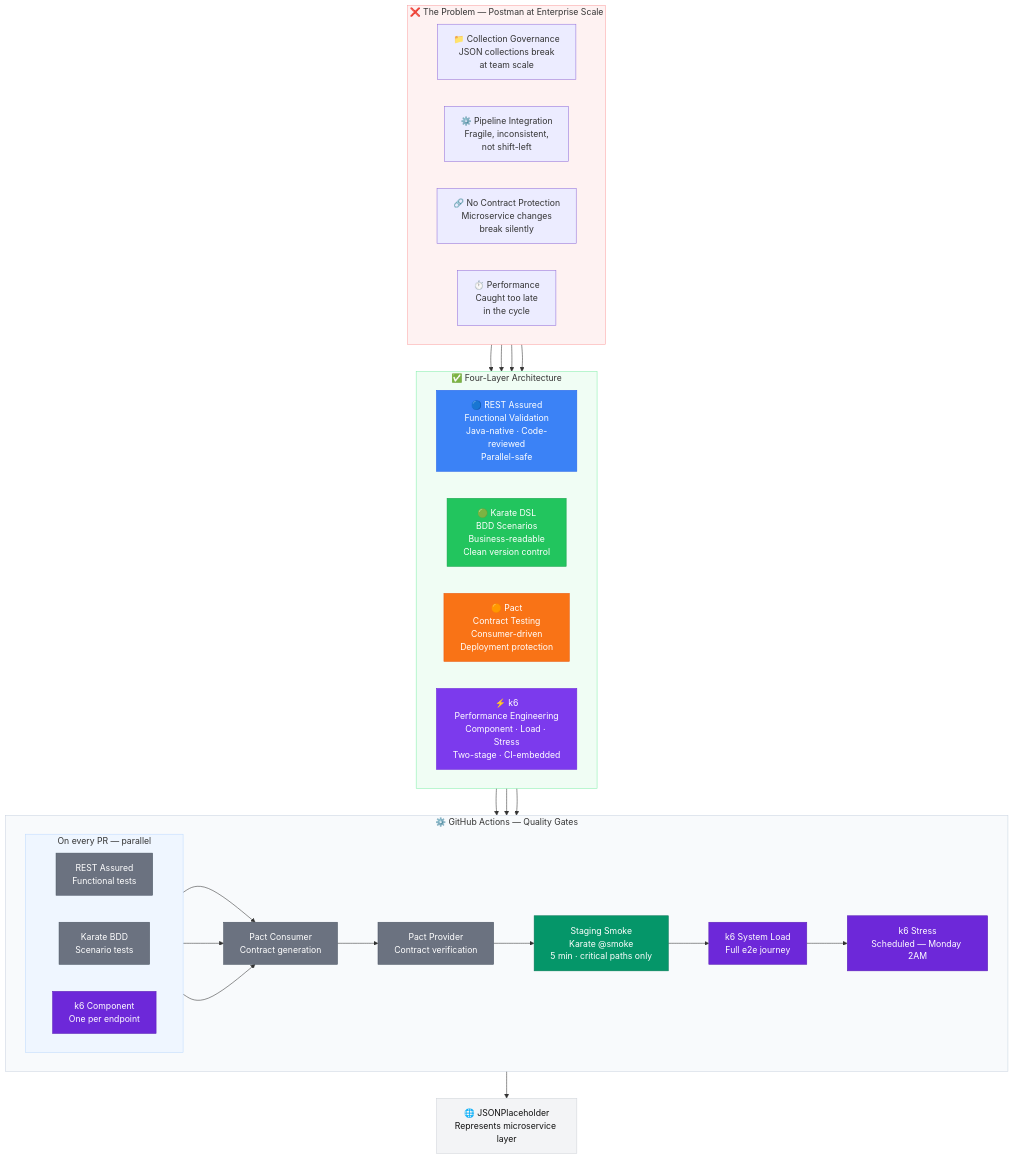
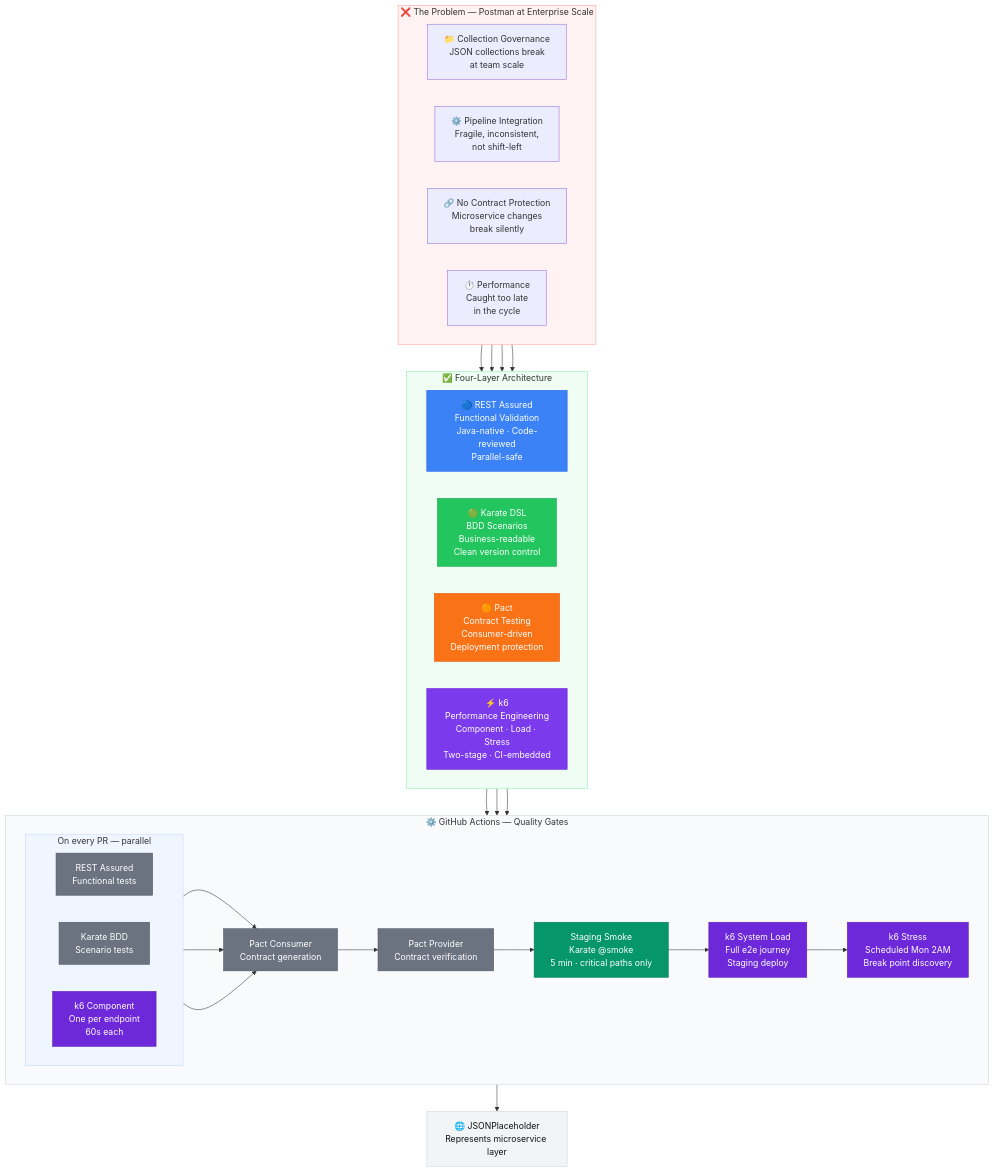
Before and after one commit to carthikl/api-quality-platform-reference: the diagram in README.md, drawn with Mermaid.

Commit message:
docs: update architecture diagram with k6 fourth layer

````diff
--- a/README.md
+++ b/README.md
@@ -24,70 +24,70 @@
 ```mermaid
 flowchart TD
     subgraph Problem["❌ The Problem — Postman at Enterprise Scale"]
         direction LR
         P1["📁 Collection Governance\nJSON collections break\nat team scale"]
         P2["⚙️ Pipeline Integration\nFragile, inconsistent,\nnot shift-left"]
         P3["🔗 No Contract Protection\nMicroservice changes\nbreak silently"]
         P4["⏱️ Performance\nCaught too late\nin the cycle"]
     end
 
     subgraph Solution["✅ Four-Layer Architecture"]
         direction LR
         L1["🔵 REST Assured\nFunctional Validation\nJava-native · Code-reviewed\nParallel-safe"]
         L2["🟢 Karate DSL\nBDD Scenarios\nBusiness-readable\nClean version control"]
         L3["🟠 Pact\nContract Testing\nConsumer-driven\nDeployment protection"]
         L4["⚡ k6\nPerformance Engineering\nComponent · Load · Stress\nTwo-stage · CI-embedded"]
     end
 
     subgraph Pipeline["⚙️ GitHub Actions — Quality Gates"]
         direction LR
         subgraph parallel["On every PR — parallel"]
             direction LR
             PR1["REST Assured\nFunctional tests"]
             PR2["Karate BDD\nScenario tests"]
-            PR3["k6 Component\nOne per endpoint"]
+            PR3["k6 Component\nOne per endpoint\n60s each"]
         end
         CO["Pact Consumer\nContract generation"]
         PV["Pact Provider\nContract verification"]
         SM["Staging Smoke\nKarate @smoke\n5 min · critical paths only"]
-        K6L["k6 System Load\nFull e2e journey"]
-        K6S["k6 Stress\nScheduled — Monday 2AM"]
+        K6L["k6 System Load\nFull e2e journey\nStaging deploy"]
+        K6S["k6 Stress\nScheduled Mon 2AM\nBreak point discovery"]
     end
 
     API["🌐 JSONPlaceholder\nRepresents microservice layer"]
 
     P1 --> L1
     P2 --> L2
     P3 --> L3
     P4 --> L4
 
     L1 --> PR1
     L2 --> PR2
     L4 --> PR3
     PR1 --> CO
     PR2 --> CO
     PR3 --> CO
     CO --> PV
     PV --> SM
     SM --> K6L
     K6L --> K6S
     K6S --> API
 
     style L1 fill:#3B82F6,color:#fff,stroke:#2563EB
     style L2 fill:#22C55E,color:#fff,stroke:#16A34A
     style L3 fill:#F97316,color:#fff,stroke:#EA580C
     style L4 fill:#7C3AED,color:#fff,stroke:#6D28D9
     style PR1 fill:#6B7280,color:#fff,stroke:#4B5563
     style PR2 fill:#6B7280,color:#fff,stroke:#4B5563
     style PR3 fill:#6D28D9,color:#fff,stroke:#5B21B6
     style CO fill:#6B7280,color:#fff,stroke:#4B5563
     style PV fill:#6B7280,color:#fff,stroke:#4B5563
     style SM fill:#059669,color:#fff,stroke:#047857
     style K6L fill:#6D28D9,color:#fff,stroke:#5B21B6
     style K6S fill:#6D28D9,color:#fff,stroke:#5B21B6
     style API fill:#F3F4F6,color:#111,stroke:#D1D5DB
     style Problem fill:#FEF2F2,stroke:#FCA5A5
     style Solution fill:#F0FDF4,stroke:#86EFAC
     style Pipeline fill:#F8FAFC,stroke:#CBD5E1
     style parallel fill:#EFF6FF,stroke:#BFDBFE
 ```
````
